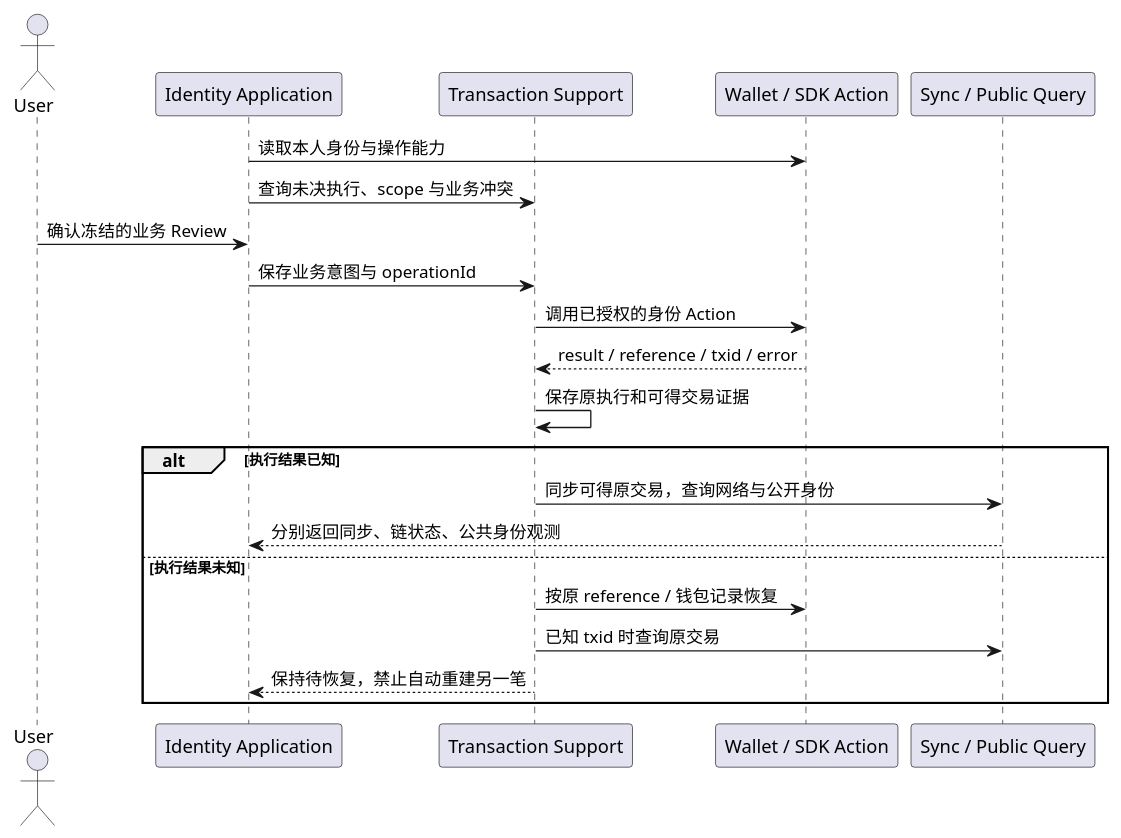
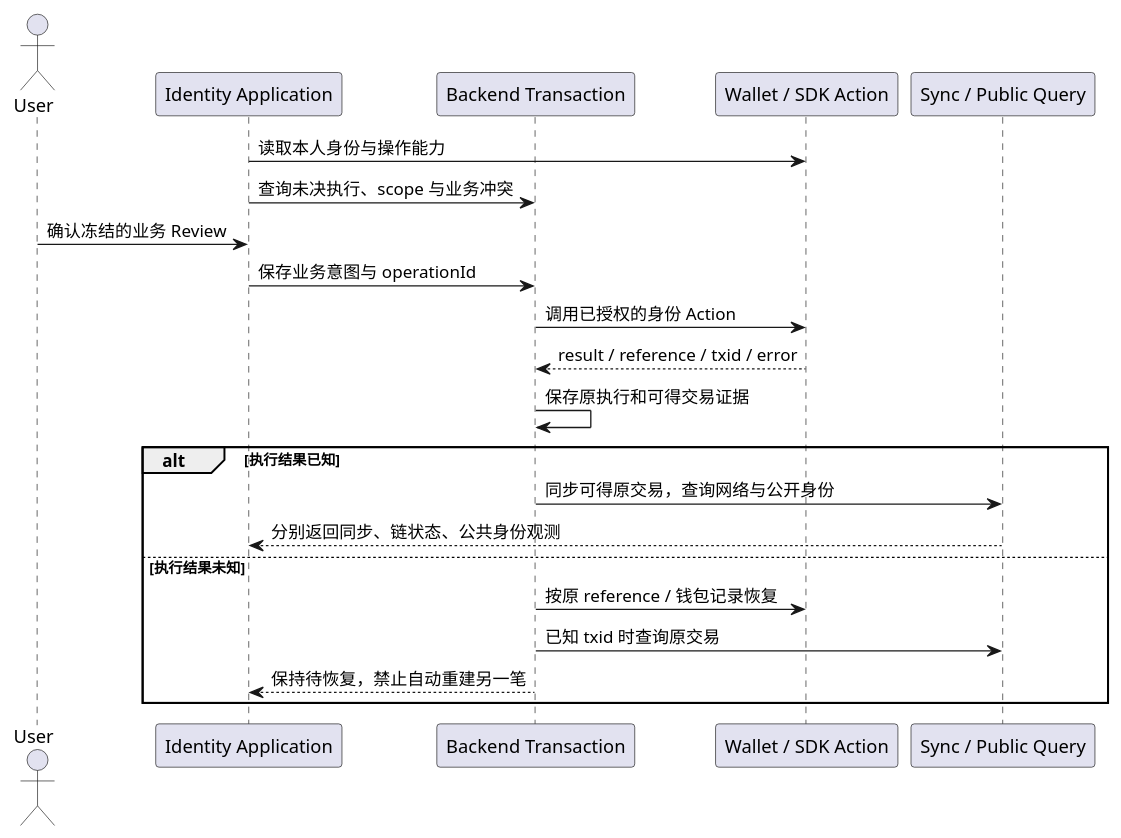
The diagram in _task/system-design/spec/domain/identity/领域设计-Identity-v0.4.0-20261117-175100.md (metanet4j/ownword-harness), drawn with PlantUML before and after one commit. The commit also changed other lines of this file and 11 other files, not shown here.

```diff
--- a/_task/system-design/spec/domain/identity/领域设计-Identity-v0.4.0-20261117-175100.md
+++ b/_task/system-design/spec/domain/identity/领域设计-Identity-v0.4.0-20261117-175100.md
@@ -75,24 +75,24 @@
 ~~~plantuml
 @startuml
 actor User
 participant "Identity Application" as App
-participant "Transaction Support" as Tx
+participant "Backend Transaction" as Tx
 participant "Wallet / SDK Action" as W
 participant "Sync / Public Query" as Q
 App -> W: 读取本人身份与操作能力
 App -> Tx: 查询未决执行、scope 与业务冲突
 User -> App: 确认冻结的业务 Review
 App -> Tx: 保存业务意图与 operationId
 Tx -> W: 调用已授权的身份 Action
 W --> Tx: result / reference / txid / error
 Tx -> Tx: 保存原执行和可得交易证据
 alt 执行结果已知
   Tx -> Q: 同步可得原交易，查询网络与公开身份
   Q --> App: 分别返回同步、链状态、公共身份观测
 else 执行结果未知
   Tx -> W: 按原 reference / 钱包记录恢复
   Tx -> Q: 已知 txid 时查询原交易
   Tx --> App: 保持待恢复，禁止自动重建另一笔
 end
 @enduml
 ~~~
```
